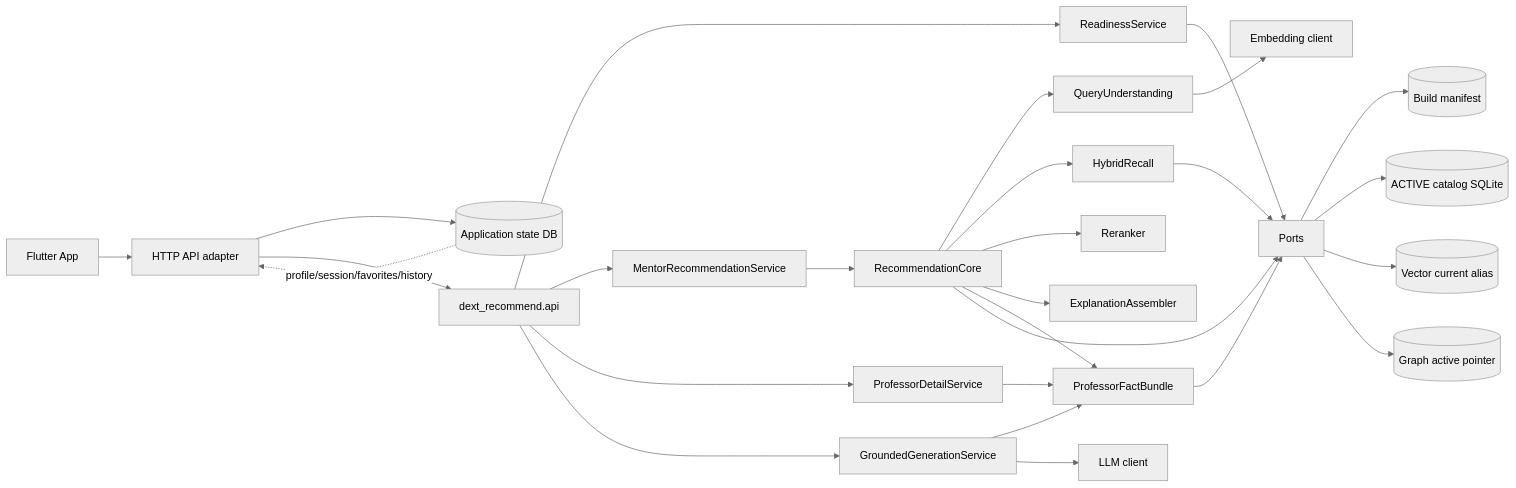
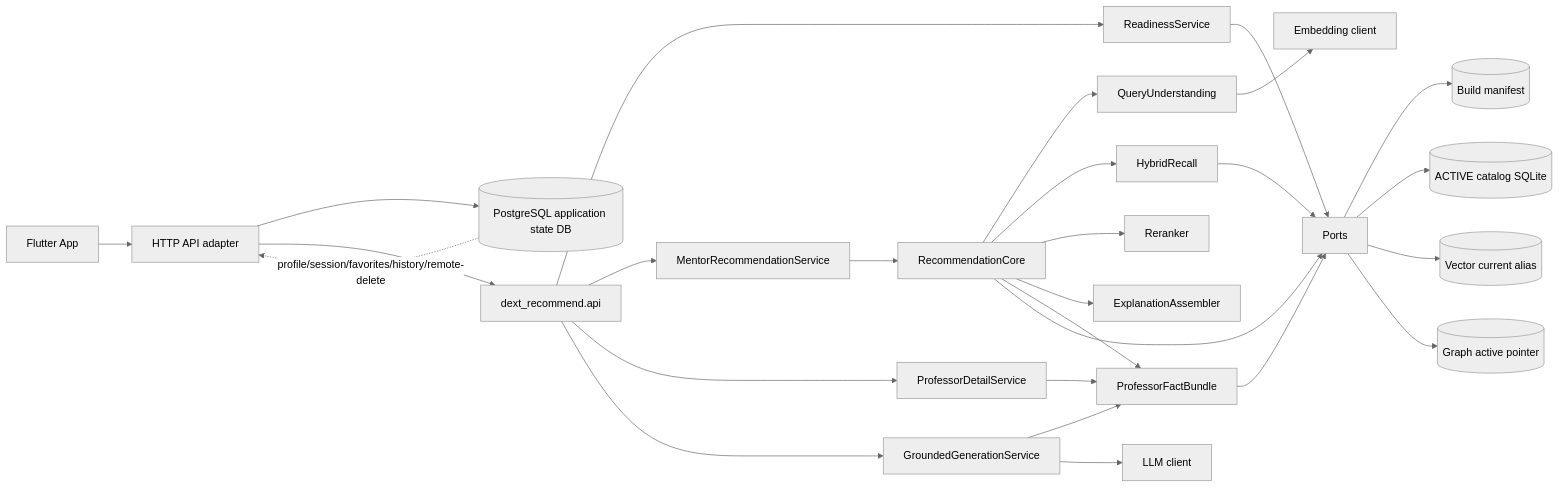
One commit to AperturePlus/dext changed the diagram in docs/superpowers/specs/2026-06-30-dext-recommendation-system-design.md. Above: the diagram before and after it, drawn with Mermaid (neutral theme). The commit also changed other lines of this file and 4 other files, not shown here.

First line of the commit message:
docs(rec): align recommendation specs to appside OpenAPI + PostgreSQL + two-layer ports

````diff
--- a/docs/superpowers/specs/2026-06-30-dext-recommendation-system-design.md
+++ b/docs/superpowers/specs/2026-06-30-dext-recommendation-system-design.md
@@ -163,35 +163,35 @@
 ```mermaid
 flowchart LR
   App[Flutter App] --> API[HTTP API adapter]
-  API --> AppState[(Application state DB)]
+  API --> AppState[(PostgreSQL application state DB)]
   API --> RecAPI[dext_recommend.api]
 
   RecAPI --> Readiness[ReadinessService]
   RecAPI --> Mentor[MentorRecommendationService]
   RecAPI --> Detail[ProfessorDetailService]
   RecAPI --> Gen[GroundedGenerationService]
 
   Mentor --> Core[RecommendationCore]
   Detail --> Facts[ProfessorFactBundle]
   Gen --> Facts
   Gen --> LLM[LLM client]
 
   Core --> Query[QueryUnderstanding]
   Core --> Recall[HybridRecall]
   Core --> Rank[Reranker]
   Core --> Explain[ExplanationAssembler]
   Core --> Facts
 
   Core --> Ports[Ports]
   Facts --> Ports
   Readiness --> Ports
 
   Ports --> Manifest[(Build manifest)]
   Ports --> Catalog[(ACTIVE catalog SQLite)]
   Ports --> Vector[(Vector current alias)]
   Ports --> Graph[(Graph active pointer)]
   Recall --> Ports
   Query --> Embedding[Embedding client]
 
-  AppState -. profile/session/favorites/history .-> API
+  AppState -. profile/session/favorites/history/remote-delete .-> API
 ```
````
